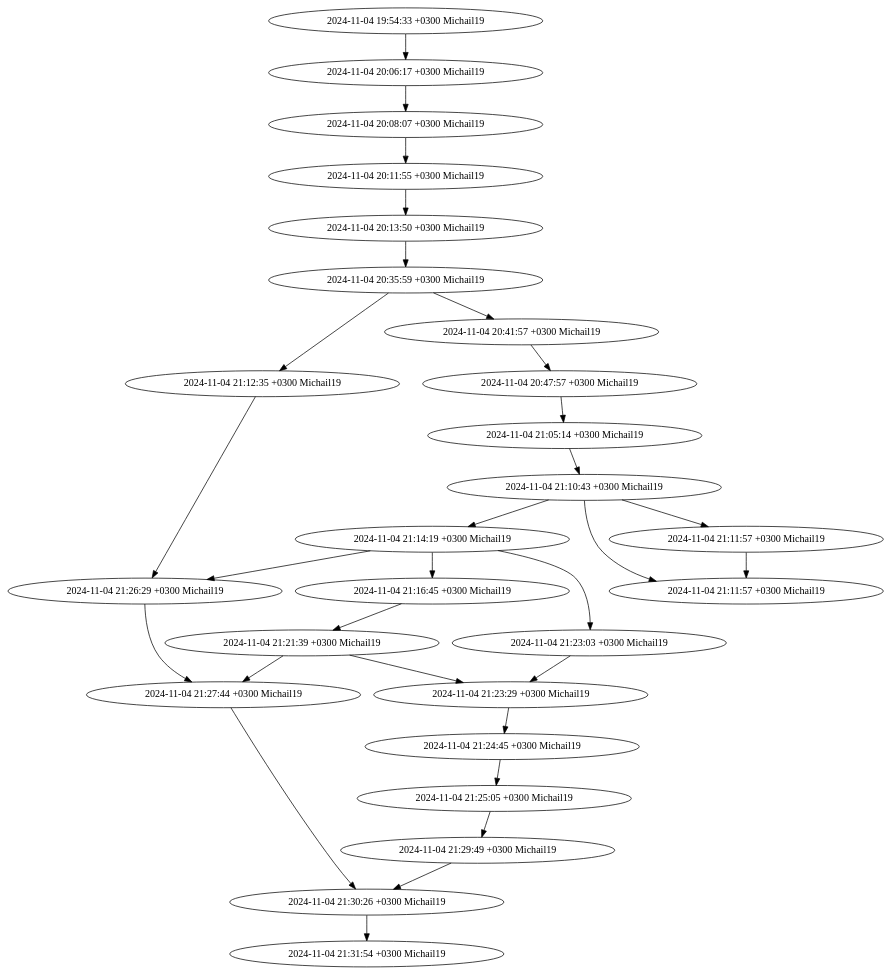
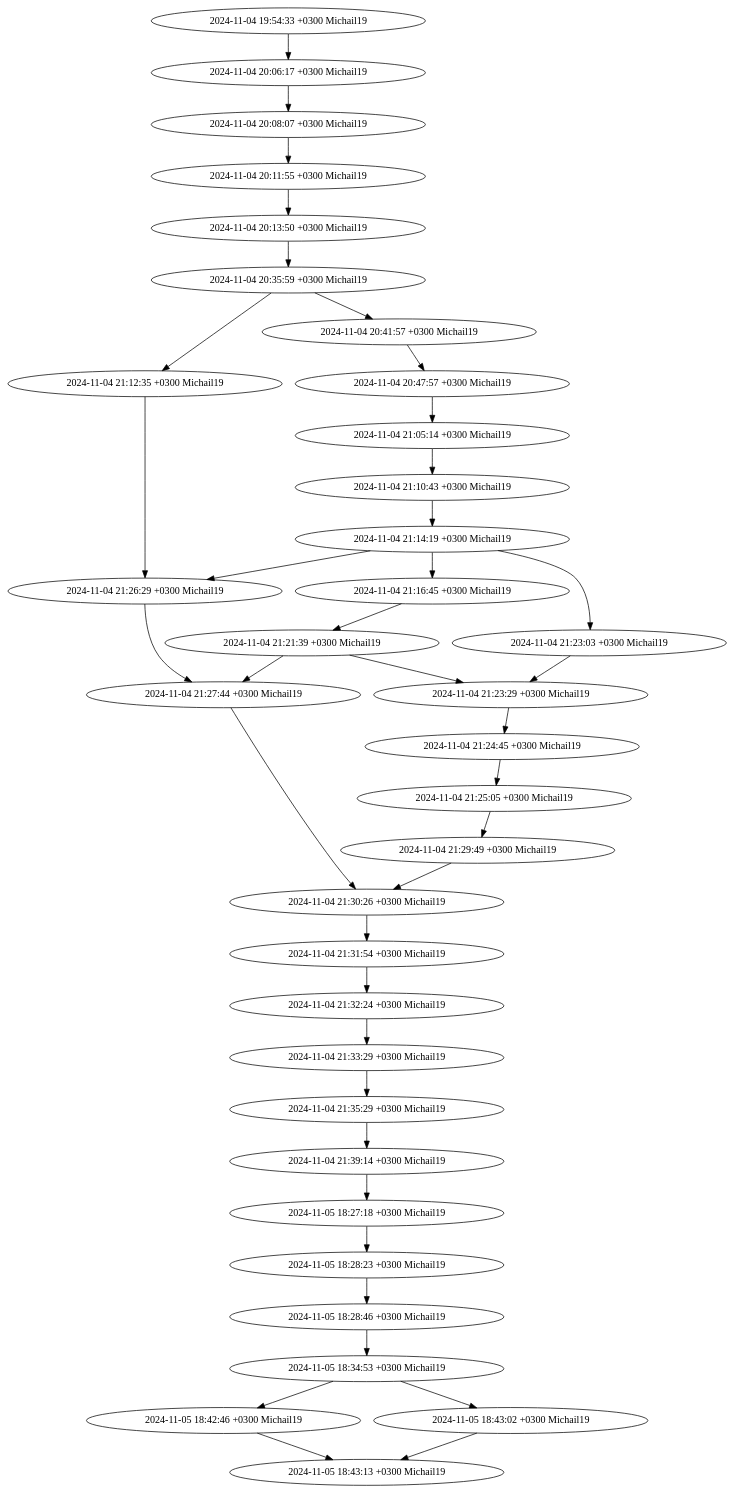
Before and after one commit to Michail19/HomeworkForKU2: the diagram in graph.dot, drawn with Graphviz. The commit also changed 2 other files, not shown here.

```diff
--- a/graph.dot
+++ b/graph.dot
@@ -1,56 +1,74 @@
 digraph G {
+    "e3b70061378da726f3ceeaf2d0269b4eefe2dc3b" [label="2024-11-05 18:43:13 +0300 Michail19"];
+    "3d77da5bc5a068613d26a65286ca0f2a2ff33743" -> "e3b70061378da726f3ceeaf2d0269b4eefe2dc3b";
+    "016a42dcc4731e8f6f7845a3f2d653c835c82487" -> "e3b70061378da726f3ceeaf2d0269b4eefe2dc3b";
+    "016a42dcc4731e8f6f7845a3f2d653c835c82487" [label="2024-11-05 18:43:02 +0300 Michail19"];
+    "b226757a0d3bdfe7bb9288eb36a1d08d2208f8b4" -> "016a42dcc4731e8f6f7845a3f2d653c835c82487";
+    "3d77da5bc5a068613d26a65286ca0f2a2ff33743" [label="2024-11-05 18:42:46 +0300 Michail19"];
+    "b226757a0d3bdfe7bb9288eb36a1d08d2208f8b4" -> "3d77da5bc5a068613d26a65286ca0f2a2ff33743";
+    "b226757a0d3bdfe7bb9288eb36a1d08d2208f8b4" [label="2024-11-05 18:34:53 +0300 Michail19"];
+    "ccdcfe9ed949ec27fdd7b2abea438e35f5e95e4b" -> "b226757a0d3bdfe7bb9288eb36a1d08d2208f8b4";
+    "ccdcfe9ed949ec27fdd7b2abea438e35f5e95e4b" [label="2024-11-05 18:28:46 +0300 Michail19"];
+    "5cc2021d1bb188f77fb91625237769888bbadb6b" -> "ccdcfe9ed949ec27fdd7b2abea438e35f5e95e4b";
+    "5cc2021d1bb188f77fb91625237769888bbadb6b" [label="2024-11-05 18:28:23 +0300 Michail19"];
+    "6e096d0e4d9518a4cdc1dcd818f24d45d089ac40" -> "5cc2021d1bb188f77fb91625237769888bbadb6b";
+    "6e096d0e4d9518a4cdc1dcd818f24d45d089ac40" [label="2024-11-05 18:27:18 +0300 Michail19"];
+    "1eda873f39f2ef5b56b48f18aba46085dcb16463" -> "6e096d0e4d9518a4cdc1dcd818f24d45d089ac40";
+    "1eda873f39f2ef5b56b48f18aba46085dcb16463" [label="2024-11-04 21:39:14 +0300 Michail19"];
+    "faf27f33da1ac2b9a6ba56a9acee074dde2328a9" -> "1eda873f39f2ef5b56b48f18aba46085dcb16463";
+    "faf27f33da1ac2b9a6ba56a9acee074dde2328a9" [label="2024-11-04 21:35:29 +0300 Michail19"];
+    "5bc47770626fa6522dd3635f32bc004795204252" -> "faf27f33da1ac2b9a6ba56a9acee074dde2328a9";
+    "5bc47770626fa6522dd3635f32bc004795204252" [label="2024-11-04 21:33:29 +0300 Michail19"];
+    "7099867cd09df0a27ef1f1914b0ce8fc3078f9d8" -> "5bc47770626fa6522dd3635f32bc004795204252";
+    "7099867cd09df0a27ef1f1914b0ce8fc3078f9d8" [label="2024-11-04 21:32:24 +0300 Michail19"];
+    "a49ea5245a819f11aacb317402d5c23237cf3d98" -> "7099867cd09df0a27ef1f1914b0ce8fc3078f9d8";
     "a49ea5245a819f11aacb317402d5c23237cf3d98" [label="2024-11-04 21:31:54 +0300 Michail19"];
     "866a92b401ca8e83ca3d6316dcd1e22a87e8d117" -> "a49ea5245a819f11aacb317402d5c23237cf3d98";
     "866a92b401ca8e83ca3d6316dcd1e22a87e8d117" [label="2024-11-04 21:30:26 +0300 Michail19"];
     "7a9c55e732c953dd22e3865b1cc2107096188ec9" -> "866a92b401ca8e83ca3d6316dcd1e22a87e8d117";
     "73258d26e192bf42274e86f7e9734c17fe21e55b" -> "866a92b401ca8e83ca3d6316dcd1e22a87e8d117";
     "7a9c55e732c953dd22e3865b1cc2107096188ec9" [label="2024-11-04 21:29:49 +0300 Michail19"];
     "efd17ccf36fa9608f6c69e0652765e1c54b61b89" -> "7a9c55e732c953dd22e3865b1cc2107096188ec9";
     "73258d26e192bf42274e86f7e9734c17fe21e55b" [label="2024-11-04 21:27:44 +0300 Michail19"];
     "4821cdb57677a2af54a3b32aca9c1be37ca16872" -> "73258d26e192bf42274e86f7e9734c17fe21e55b";
     "7fc610c663c07e7da66307da2faa3662ac333b31" -> "73258d26e192bf42274e86f7e9734c17fe21e55b";
     "7fc610c663c07e7da66307da2faa3662ac333b31" [label="2024-11-04 21:26:29 +0300 Michail19"];
     "f2b4ff9571ac4ab389ead3d52375351dd7324293" -> "7fc610c663c07e7da66307da2faa3662ac333b31";
     "2d0f4fdc62858060ae9614b1424f0938bbaa3a52" -> "7fc610c663c07e7da66307da2faa3662ac333b31";
     "efd17ccf36fa9608f6c69e0652765e1c54b61b89" [label="2024-11-04 21:25:05 +0300 Michail19"];
     "9e4e44ee2bd6a0e7eb1ea17b4f37920688e868e3" -> "efd17ccf36fa9608f6c69e0652765e1c54b61b89";
     "9e4e44ee2bd6a0e7eb1ea17b4f37920688e868e3" [label="2024-11-04 21:24:45 +0300 Michail19"];
     "b8d8953f7ce8fc7522e840ef1407c0d3f7119dd0" -> "9e4e44ee2bd6a0e7eb1ea17b4f37920688e868e3";
     "b8d8953f7ce8fc7522e840ef1407c0d3f7119dd0" [label="2024-11-04 21:23:29 +0300 Michail19"];
     "cb0adba88edc4027e7af5d1263faa7728e007dbc" -> "b8d8953f7ce8fc7522e840ef1407c0d3f7119dd0";
     "4821cdb57677a2af54a3b32aca9c1be37ca16872" -> "b8d8953f7ce8fc7522e840ef1407c0d3f7119dd0";
     "cb0adba88edc4027e7af5d1263faa7728e007dbc" [label="2024-11-04 21:23:03 +0300 Michail19"];
     "f2b4ff9571ac4ab389ead3d52375351dd7324293" -> "cb0adba88edc4027e7af5d1263faa7728e007dbc";
     "4821cdb57677a2af54a3b32aca9c1be37ca16872" [label="2024-11-04 21:21:39 +0300 Michail19"];
     "0521441b2467a0f04cd6b93a559208cb02ce9157" -> "4821cdb57677a2af54a3b32aca9c1be37ca16872";
     "0521441b2467a0f04cd6b93a559208cb02ce9157" [label="2024-11-04 21:16:45 +0300 Michail19"];
     "f2b4ff9571ac4ab389ead3d52375351dd7324293" -> "0521441b2467a0f04cd6b93a559208cb02ce9157";
     "f2b4ff9571ac4ab389ead3d52375351dd7324293" [label="2024-11-04 21:14:19 +0300 Michail19"];
     "8b50d4b403be2a20fe8b77a8ab2e54a6161746f5" -> "f2b4ff9571ac4ab389ead3d52375351dd7324293";
     "2d0f4fdc62858060ae9614b1424f0938bbaa3a52" [label="2024-11-04 21:12:35 +0300 Michail19"];
     "370b81cb2696b5585780ff9c1359753ce070d8a6" -> "2d0f4fdc62858060ae9614b1424f0938bbaa3a52";
-    "275e2999aaa4cb91f1d07816f954d0aa32208cb1" [label="2024-11-04 21:11:57 +0300 Michail19"];
-    "8b50d4b403be2a20fe8b77a8ab2e54a6161746f5" -> "275e2999aaa4cb91f1d07816f954d0aa32208cb1";
-    "fb33023bd82753f7163abd109360c7dacd0322f6" -> "275e2999aaa4cb91f1d07816f954d0aa32208cb1";
-    "fb33023bd82753f7163abd109360c7dacd0322f6" [label="2024-11-04 21:11:57 +0300 Michail19"];
-    "8b50d4b403be2a20fe8b77a8ab2e54a6161746f5" -> "fb33023bd82753f7163abd109360c7dacd0322f6";
     "8b50d4b403be2a20fe8b77a8ab2e54a6161746f5" [label="2024-11-04 21:10:43 +0300 Michail19"];
     "20d60cd260b4c83e5d54e93c36e41720101eb681" -> "8b50d4b403be2a20fe8b77a8ab2e54a6161746f5";
     "20d60cd260b4c83e5d54e93c36e41720101eb681" [label="2024-11-04 21:05:14 +0300 Michail19"];
     "9b440faa52a7ab727df50053aa68a014c2ebaf03" -> "20d60cd260b4c83e5d54e93c36e41720101eb681";
     "9b440faa52a7ab727df50053aa68a014c2ebaf03" [label="2024-11-04 20:47:57 +0300 Michail19"];
     "6e5519de86204676ec1090770f51b928f61f6c24" -> "9b440faa52a7ab727df50053aa68a014c2ebaf03";
     "6e5519de86204676ec1090770f51b928f61f6c24" [label="2024-11-04 20:41:57 +0300 Michail19"];
     "370b81cb2696b5585780ff9c1359753ce070d8a6" -> "6e5519de86204676ec1090770f51b928f61f6c24";
     "370b81cb2696b5585780ff9c1359753ce070d8a6" [label="2024-11-04 20:35:59 +0300 Michail19"];
     "6e44a9eccef9dc107c26c453559d669ebd84dbcc" -> "370b81cb2696b5585780ff9c1359753ce070d8a6";
     "6e44a9eccef9dc107c26c453559d669ebd84dbcc" [label="2024-11-04 20:13:50 +0300 Michail19"];
     "46367f7de67175d5f03c9e8ae2067ac21fec0a92" -> "6e44a9eccef9dc107c26c453559d669ebd84dbcc";
     "46367f7de67175d5f03c9e8ae2067ac21fec0a92" [label="2024-11-04 20:11:55 +0300 Michail19"];
     "49837d93d4a5fb59956aadbba3c262efa4b05267" -> "46367f7de67175d5f03c9e8ae2067ac21fec0a92";
     "49837d93d4a5fb59956aadbba3c262efa4b05267" [label="2024-11-04 20:08:07 +0300 Michail19"];
     "1c911d746562f2b41f69b62a80a2f5a56168f865" -> "49837d93d4a5fb59956aadbba3c262efa4b05267";
     "1c911d746562f2b41f69b62a80a2f5a56168f865" [label="2024-11-04 20:06:17 +0300 Michail19"];
     "27dfd2e4035db62bb239fdf60053539fa3b2f90f" -> "1c911d746562f2b41f69b62a80a2f5a56168f865";
     "27dfd2e4035db62bb239fdf60053539fa3b2f90f" [label="2024-11-04 19:54:33 +0300 Michail19"];
 }
```
